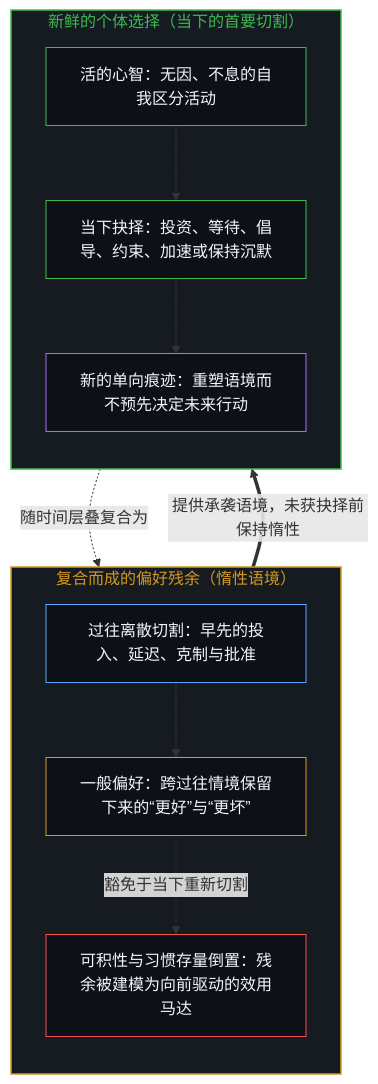
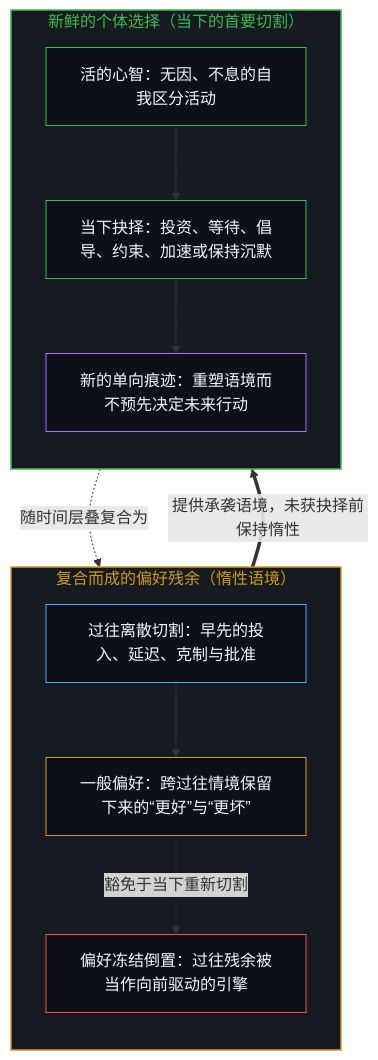
Before and after one commit to powerpig99/not-a-toe: the third of 4 diagrams in content/posts/apparent-regulation-and-the-primacy-of-choice.md, drawn with Mermaid. The commit also changed other lines of this file and 24 other files, not shown here.

````diff
--- a/content/posts/apparent-regulation-and-the-primacy-of-choice.md
+++ b/content/posts/apparent-regulation-and-the-primacy-of-choice.md
@@ -101,28 +101,28 @@
 ```mermaid
 flowchart TD
     subgraph S_Inert["复合而成的偏好残余（惰性语境）"]
         direction TB
         I_Past["过往离散切割：早先的投入、延迟、克制与批准"]
         I_Pref["一般偏好：跨过往情境保留下来的“更好”与“更坏”"]
-        I_Freeze["可积性与习惯存量倒置：残余被建模为向前驱动的效用马达"]
+        I_Freeze["偏好冻结倒置：过往残余被当作向前驱动的引擎"]
         I_Past --> I_Pref
         I_Pref -.->|"豁免于当下重新切割"| I_Freeze
     end
     subgraph S_Cut["新鲜的个体选择（当下的首要切割）"]
         direction TB
         C_Mind["活的心智：无因、不息的自我区分活动"]
         C_Elect["当下抉择：投资、等待、倡导、约束、加速或保持沉默"]
         C_Trace["新的单向痕迹：重塑语境而不预先决定未来行动"]
         C_Mind --> C_Elect --> C_Trace
     end
     I_Pref ==>|"提供承袭语境，未获抉择前保持惰性"| C_Mind
     C_Trace -.->|"随时间层叠复合为"| I_Past
     style S_Inert fill:#161b22,stroke:#d29922,stroke-width:1.5px,color:#d29922
     style S_Cut fill:#161b22,stroke:#3fb950,stroke-width:1.5px,color:#3fb950
     style I_Past fill:#0d1117,stroke:#58a6ff,stroke-width:1px,color:#f0f6fc
     style I_Pref fill:#0d1117,stroke:#d29922,stroke-width:1px,color:#f0f6fc
     style I_Freeze fill:#0d1117,stroke:#f85149,stroke-width:1px,color:#f0f6fc
     style C_Mind fill:#0d1117,stroke:#3fb950,stroke-width:1px,color:#f0f6fc
     style C_Elect fill:#0d1117,stroke:#3fb950,stroke-width:1px,color:#f0f6fc
     style C_Trace fill:#0d1117,stroke:#a371f7,stroke-width:1px,color:#f0f6fc
 ```
````
